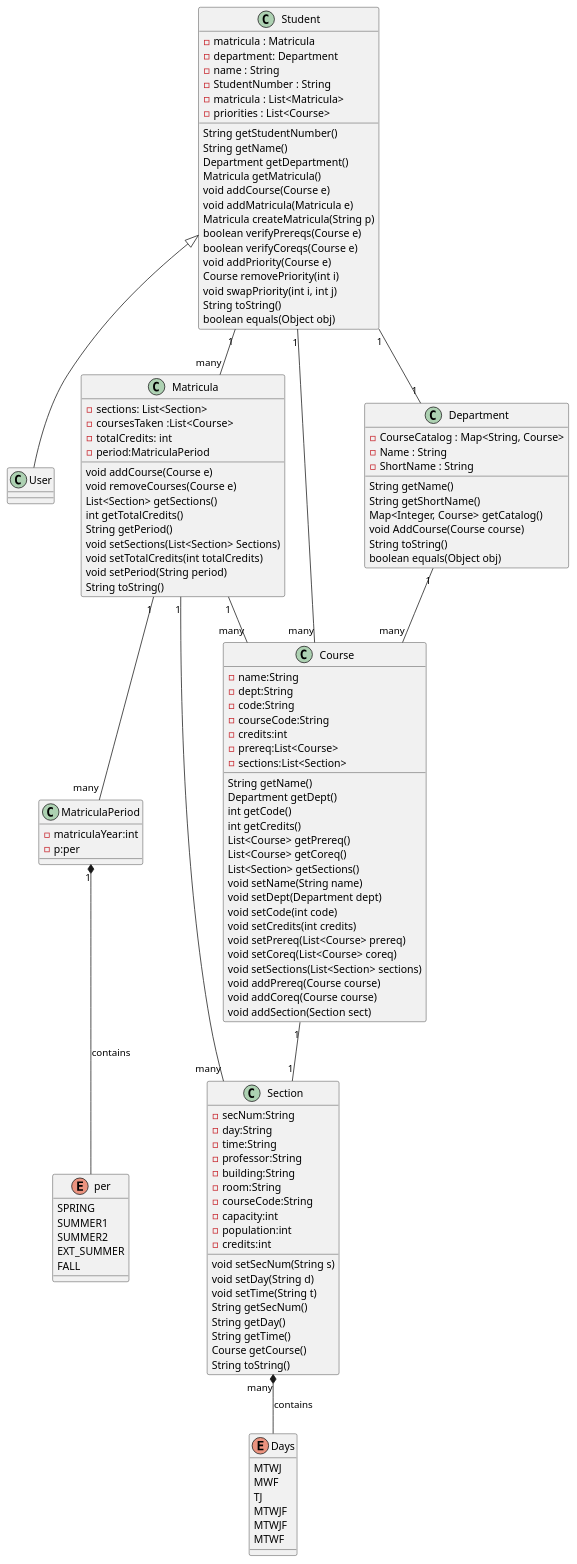
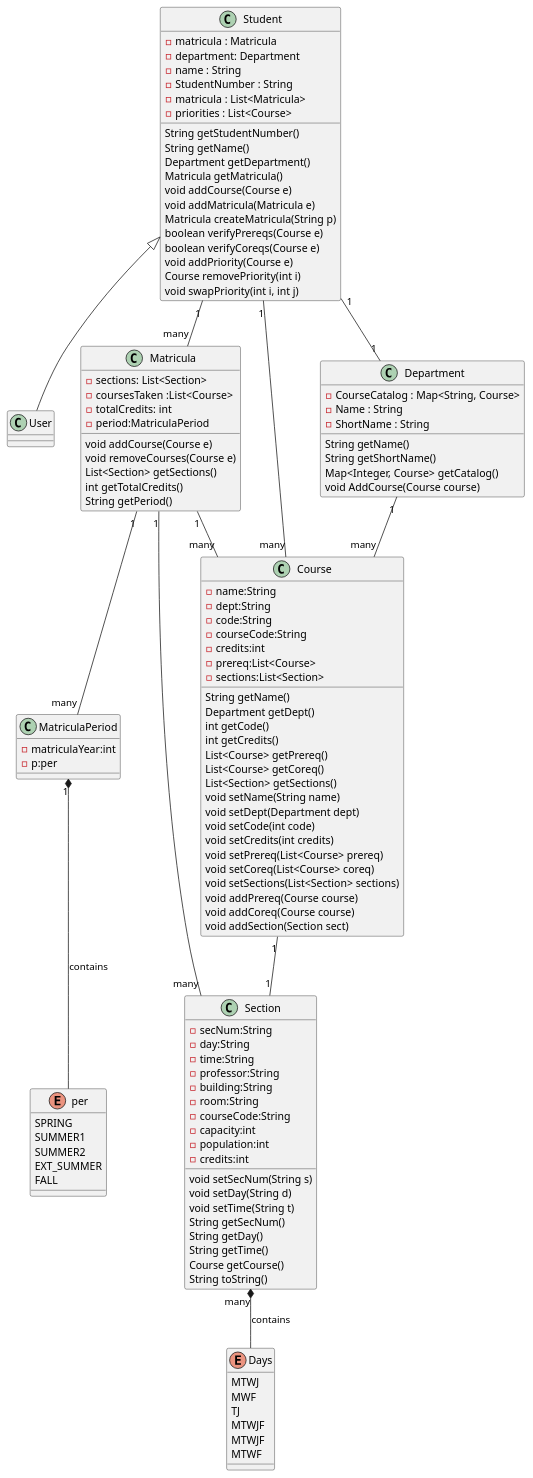
One commit to uprm-inso-4101-2020-2021-S1/semester-project-almond-software-llc changed the diagram in front-end/src/classDiagram.puml. Above: the diagram before and after it, drawn with PlantUML.

Commit message:
added backend and updated diagram

```diff
--- a/front-end/src/classDiagram.puml
+++ b/front-end/src/classDiagram.puml
@@ -1,129 +1,122 @@
 @startuml classDiagram
 Student <|-- User
 MatriculaPeriod "1" *-- per:contains
 Section "many" *-- Days:contains
 Student "1" -- "many" Matricula 
 Student "1" -- "many" Course
 Student "1" -- "1" Department
 Department "1" -- "many" Course
 Matricula "1" -- "many" Section
 Matricula "1" -- "many" Course
 Course "1" -- "1" Section
 Matricula "1" -- "many" MatriculaPeriod
 
 Class Student{
     -matricula : Matricula
     -department: Department
     -name : String
     -StudentNumber : String
     -matricula : List<Matricula>
     -priorities : List<Course>
     String getStudentNumber()
     String getName()
     Department getDepartment()
     Matricula getMatricula()
     void addCourse(Course e)
     void addMatricula(Matricula e)
     Matricula createMatricula(String p)
     boolean verifyPrereqs(Course e)
     boolean verifyCoreqs(Course e)
     void addPriority(Course e)
     Course removePriority(int i)
     void swapPriority(int i, int j)
-    String toString()
-    boolean equals(Object obj)
 }
 Class Department{
     -CourseCatalog : Map<String, Course>
     -Name : String
     -ShortName : String
     String getName()
     String getShortName()
     Map<Integer, Course> getCatalog()
     void AddCourse(Course course)
-    String toString()
-    boolean equals(Object obj)
 
 }
 Class Matricula{
     -sections: List<Section>
     -coursesTaken :List<Course>
     -totalCredits: int
     -period:MatriculaPeriod
     void addCourse(Course e)
     void removeCourses(Course e)
     List<Section> getSections()
     int getTotalCredits()
     String getPeriod()
-    void setSections(List<Section> Sections)
-    void setTotalCredits(int totalCredits)
-    void setPeriod(String period)
-    String toString()
+    
 }
 class MatriculaPeriod{
     -matriculaYear:int
     -p:per
 }
 enum per{
     SPRING 
     SUMMER1
     SUMMER2
     EXT_SUMMER
     FALL
 }
 Class Course{
     -name:String
     -dept:String
     -code:String
     -courseCode:String
     -credits:int
     -prereq:List<Course>
     -sections:List<Section>
     String getName()
     Department getDept()
     int getCode()
     int getCredits()
     List<Course> getPrereq()
     List<Course> getCoreq()
     List<Section> getSections()
     void setName(String name)
     void setDept(Department dept)
     void setCode(int code)
     void setCredits(int credits)
     void setPrereq(List<Course> prereq)
     void setCoreq(List<Course> coreq)
     void setSections(List<Section> sections)
     void addPrereq(Course course)
     void addCoreq(Course course)
     void addSection(Section sect)
 }
 Class Section{
     -secNum:String
     -day:String
     -time:String
     -professor:String
     -building:String
     -room:String
     -courseCode:String
     -capacity:int
     -population:int
     -credits:int
     void setSecNum(String s)
     void setDay(String d)
     void setTime(String t)
     String getSecNum()
     String getDay()
     String getTime()
     Course getCourse()
     String toString()
 }
 enum Days{
     MTWJ
     MWF
     TJ
     MTWJF
     MTWJF
     MTWF
 
 }
 @enduml
```
